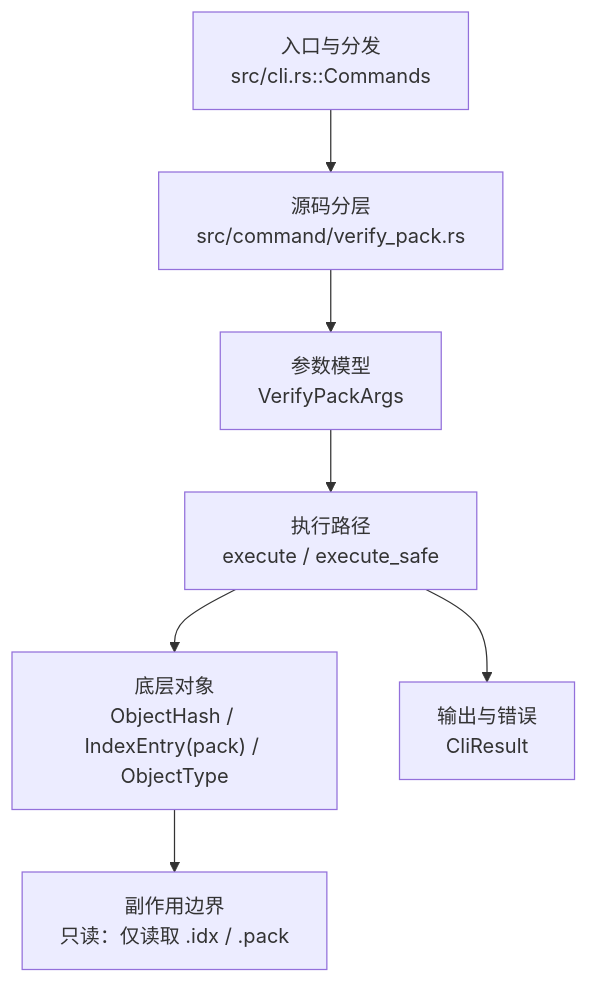
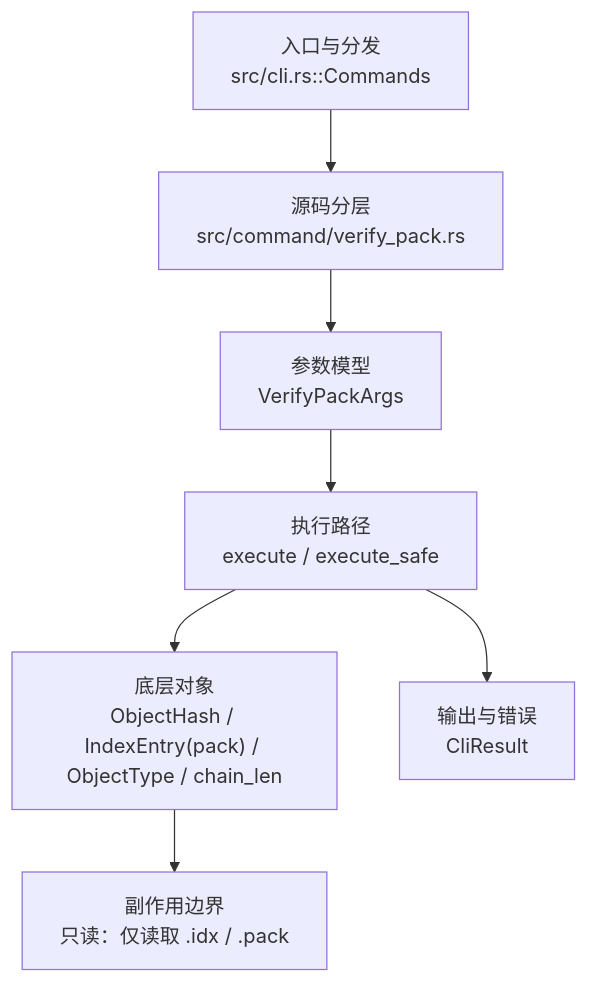
Before and after one commit to web3infra-foundation/libra: the diagram in docs/development/commands/verify-pack.md, drawn with Mermaid. The commit also changed other lines of this file and 25 other files, not shown here.

````diff
--- a/docs/development/commands/verify-pack.md
+++ b/docs/development/commands/verify-pack.md
@@ -22,9 +22,9 @@
 ```mermaid
 flowchart TD
     A["入口与分发<br/>src/cli.rs::Commands"] --> B["源码分层<br/>src/command/verify_pack.rs"]
     B --> C["参数模型<br/>VerifyPackArgs"]
     C --> D["执行路径<br/>execute / execute_safe"]
-    D --> E["底层对象<br/>ObjectHash / IndexEntry(pack) / ObjectType"]
+    D --> E["底层对象<br/>ObjectHash / IndexEntry(pack) / ObjectType / chain_len"]
     D --> F["输出与错误<br/>CliResult"]
     E --> G["副作用边界<br/>只读：仅读取 .idx / .pack"]
 ```
````
